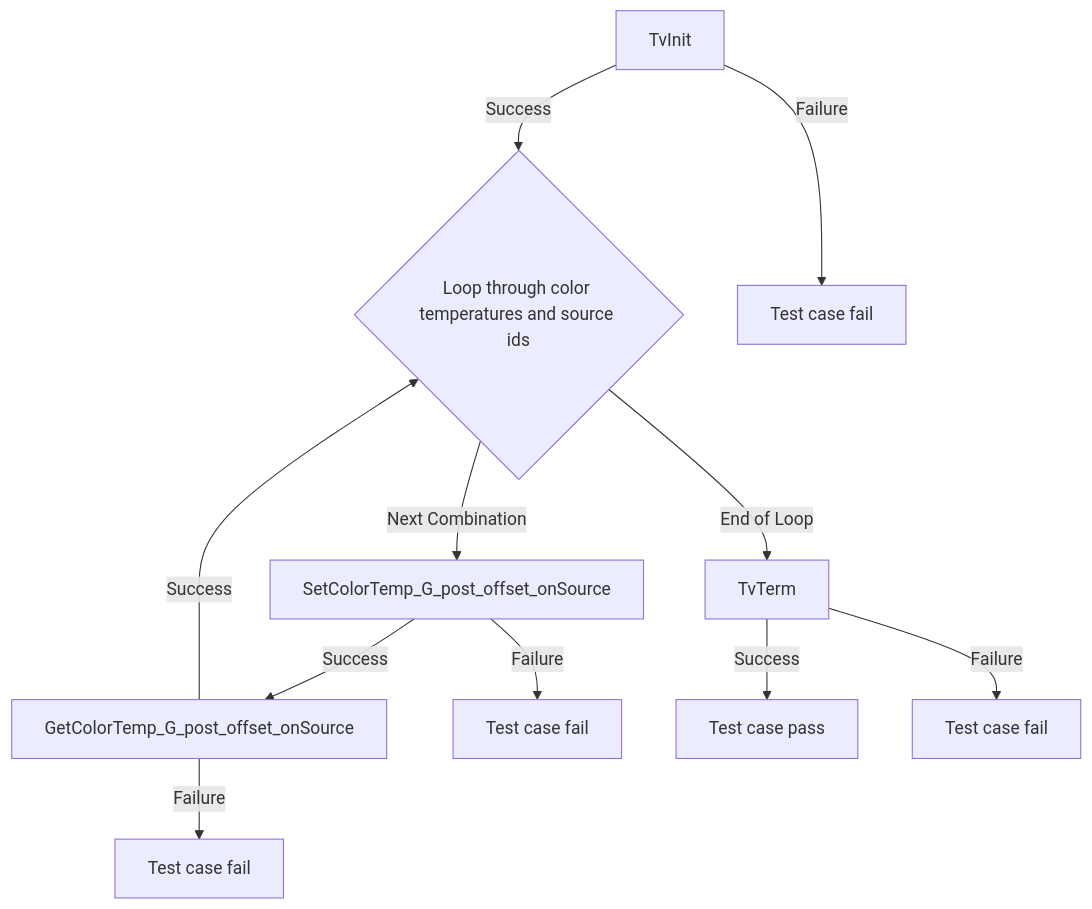
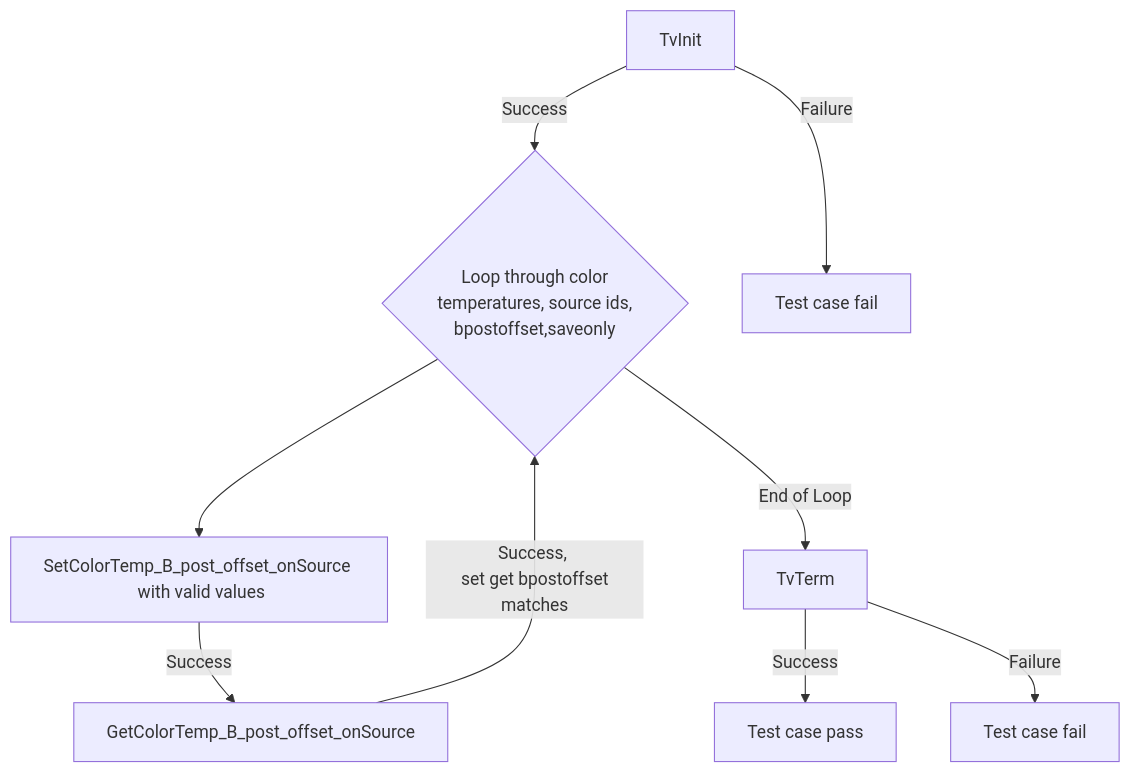
Diagram 31 of 48 in docs/pages/tvSettings_L2_Low-Level_TestSpecification.md (rdkcentral/rdkv-halif-test-tvsettings), drawn with Mermaid before and after one commit. The commit also changed other lines of this file and 1 other file, not shown here.

````diff
--- a/docs/pages/tvSettings_L2_Low-Level_TestSpecification.md
+++ b/docs/pages/tvSettings_L2_Low-Level_TestSpecification.md
@@ -1474,13 +1451,11 @@
 ```mermaid
 graph TB
-    A[TvInit] -->|Success| B{Loop through color temperatures and source ids}
+    A[TvInit] -->|Success| B{Loop through color <br> temperatures, source ids,<br>bpostoffset,saveonly}
     A -->|Failure| A1[Test case fail]
-    B -->|Next Combination| C[SetColorTemp_G_post_offset_onSource]
+    B --> C[SetColorTemp_B_post_offset_onSource <br> with valid values]
+    C -->|Success| D[GetColorTemp_B_post_offset_onSource]
+    D -->|Success, <br> set get bpostoffset matches| B
     B -->|End of Loop| G[TvTerm]
-    C -->|Success| D[GetColorTemp_G_post_offset_onSource]
-    C -->|Failure| C1[Test case fail]
-    D -->|Success| B
-    D -->|Failure| D1[Test case fail]
     G -->|Success| H[Test case pass]
     G -->|Failure| G1[Test case fail]
 ```
````
